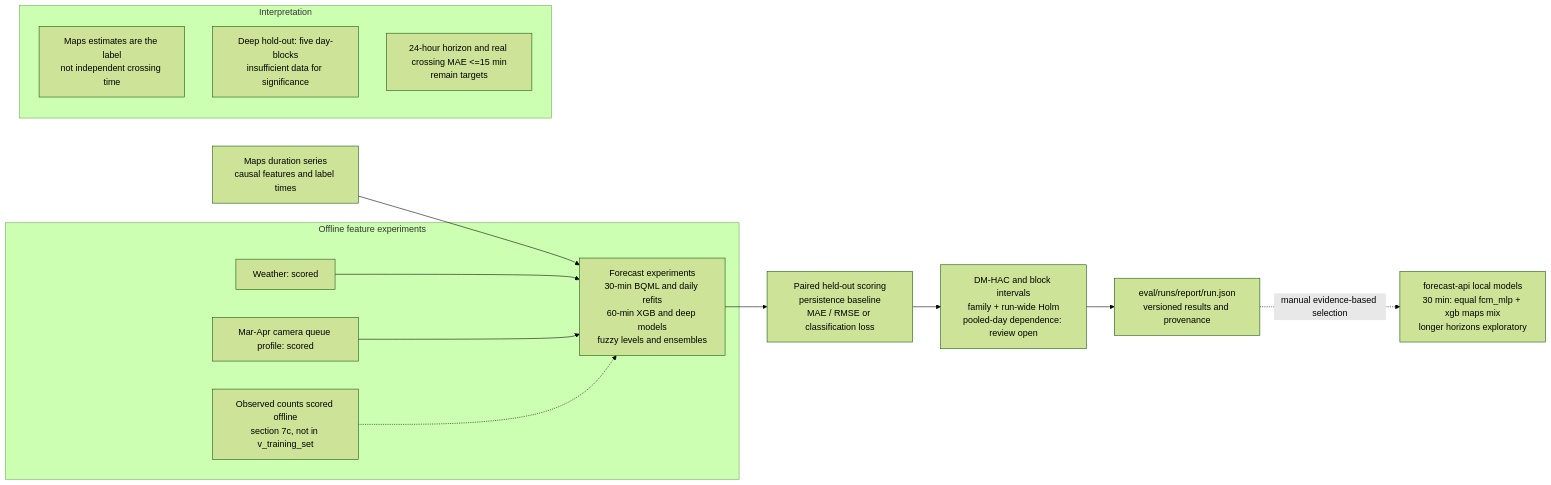
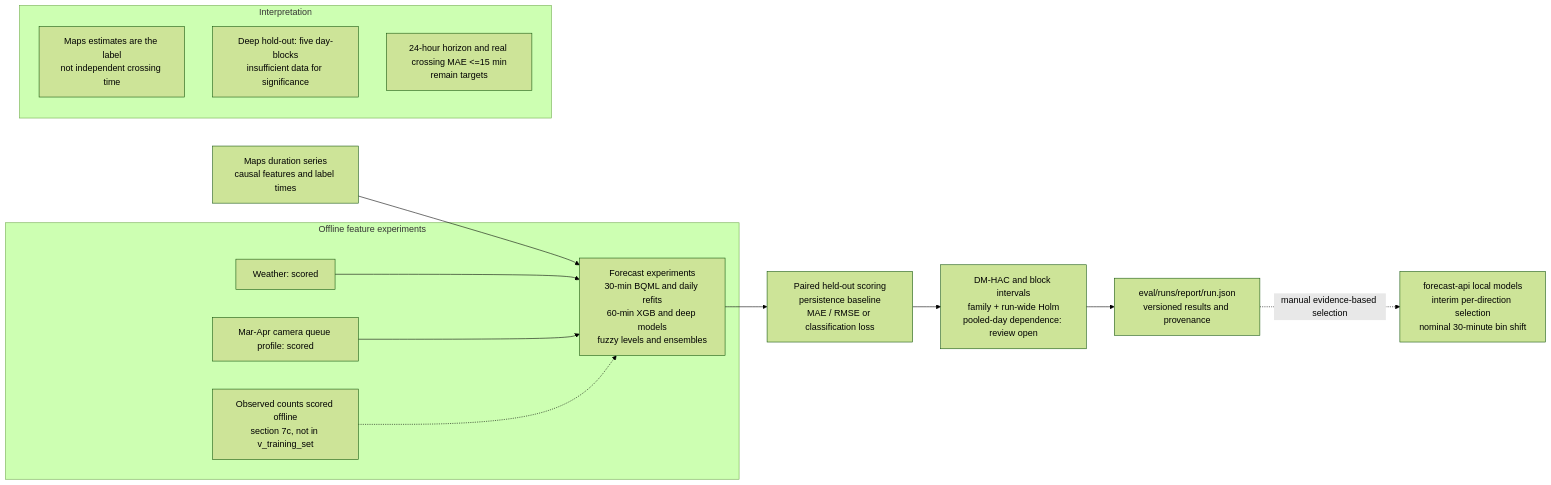
Before and after one commit to sozuken-max/swiftborder: the second of 2 diagrams in docs/evaluation.md, drawn with Mermaid (forest theme). The commit also changed other lines of this file and 16 other files, not shown here.

Commit message:
Close final-report readiness gaps: vendor mix eval, evidence docs, counts gate.

````diff
--- a/docs/evaluation.md
+++ b/docs/evaluation.md
@@ -225,18 +228,18 @@
 ```mermaid
 flowchart LR
   DATA["Maps duration series<br/>causal features and label times"] --> MODELS["Forecast experiments<br/>30-min BQML and daily refits<br/>60-min XGB and deep models<br/>fuzzy levels and ensembles"]
   MODELS --> SCORE["Paired held-out scoring<br/>persistence baseline<br/>MAE / RMSE or classification loss"]
   SCORE --> SIG["DM-HAC and block intervals<br/>family + run-wide Holm<br/>pooled-day dependence: review open"]
   SIG --> REPORT["eval/runs/report/run.json<br/>versioned results and provenance"]
-  REPORT -.->|"manual evidence-based selection"| SERVE["forecast-api local models<br/>30 min: equal fcm_mlp + xgb maps mix<br/>longer horizons exploratory"]
+  REPORT -.->|"manual evidence-based selection"| SERVE["forecast-api local models<br/>interim per-direction selection<br/>nominal 30-minute bin shift"]
   subgraph INPUTS["Offline feature experiments"]
     WX["Weather: scored"] --> MODELS
     PROFILE["Mar-Apr camera queue profile: scored"] --> MODELS
     CAMERA["Observed counts scored offline<br/>section 7c, not in v_training_set"] -.-> MODELS
   end
   subgraph LIMITS["Interpretation"]
     L1["Maps estimates are the label<br/>not independent crossing time"]
     L2["Deep hold-out: five day-blocks<br/>insufficient data for significance"]
     L3["24-hour horizon and real crossing MAE <=15 min<br/>remain targets"]
   end
 ```
````
